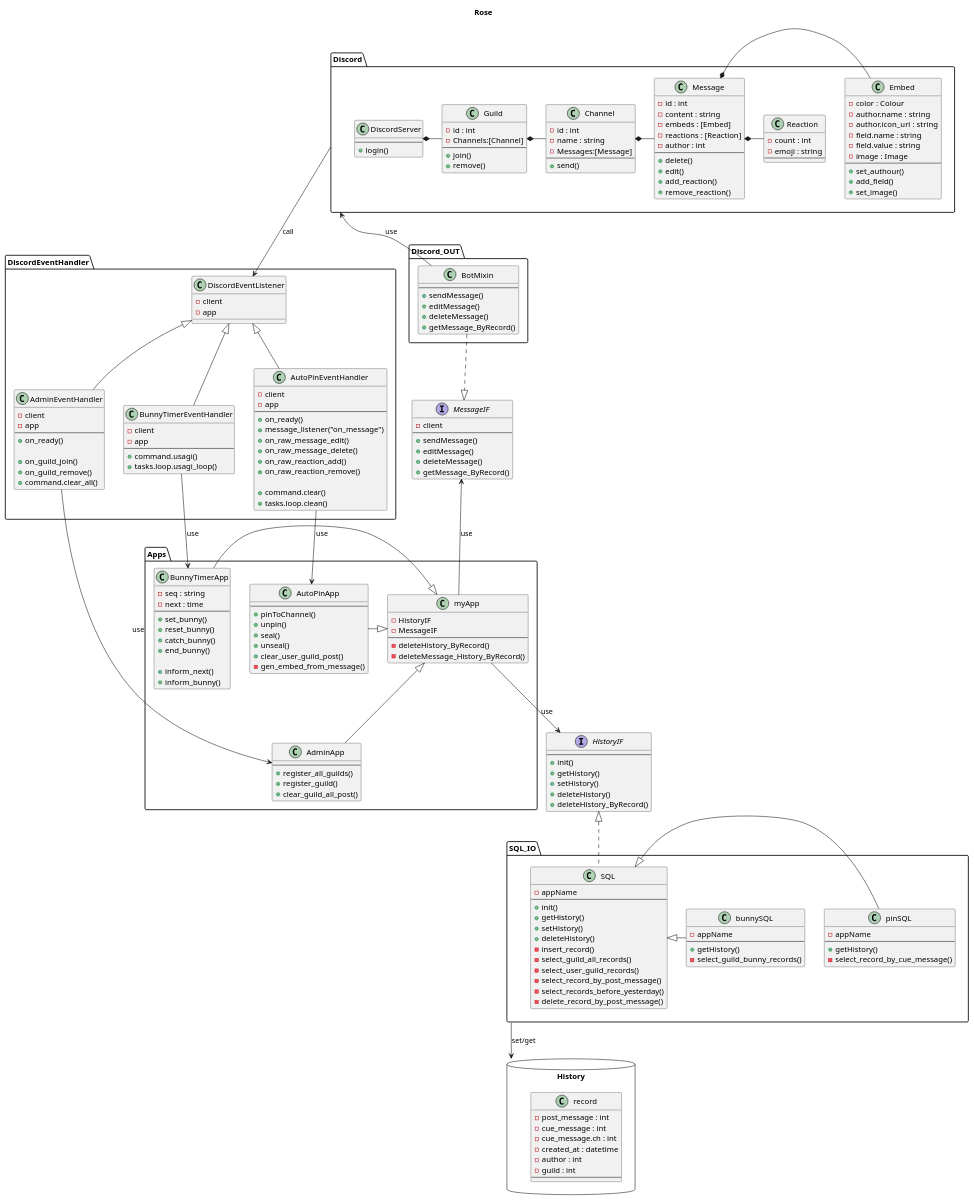
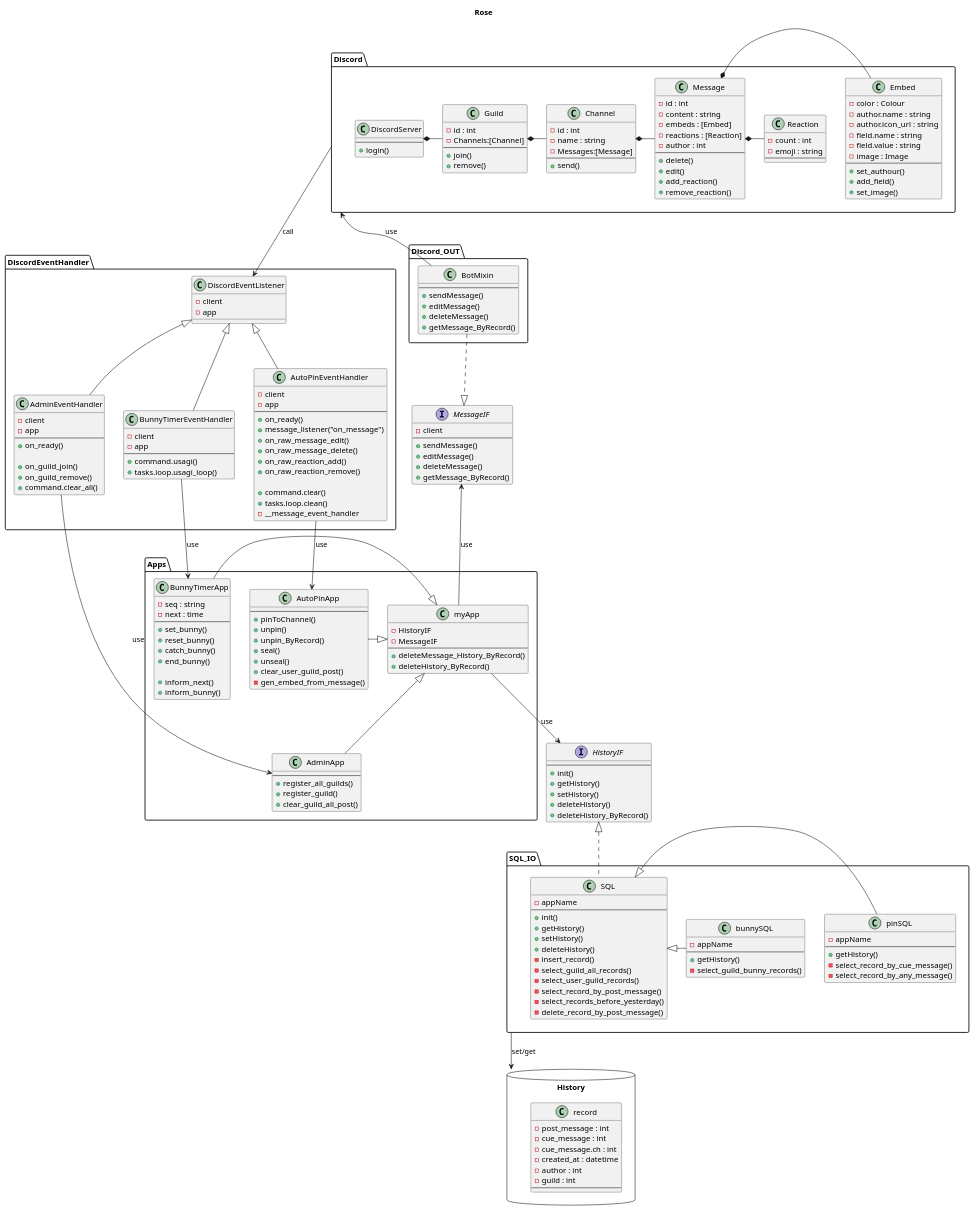
The diagram in Design/Class_diagram.pu (HitsumabushiEng/rose_discord_bot), drawn with PlantUML before and after one commit. The commit also changed 3 other files, not shown here.

```diff
--- a/Design/Class_diagram.pu
+++ b/Design/Class_diagram.pu
@@ -95,6 +95,7 @@
 
         + command.clear()
         + tasks.loop.clean()
+        - __message_event_handler
     }
     class BunnyTimerEventHandler{
         - client
@@ -110,8 +111,8 @@
         - HistoryIF
         - MessageIF
         ---
-        - deleteHistory_ByRecord()
-        - deleteMessage_History_ByRecord()
+        + deleteMessage_History_ByRecord()
+        + deleteHistory_ByRecord()
     }
 
     class AdminApp{
@@ -125,6 +126,7 @@
         ---
         + pinToChannel()
         + unpin()
+        + unpin_ByRecord()
         + seal()
         + unseal()
         + clear_user_guild_post()
@@ -165,6 +167,7 @@
         ---
         + getHistory()
         - select_record_by_cue_message()
+        - select_record_by_any_message()
     }
 
     class bunnySQL{
```
